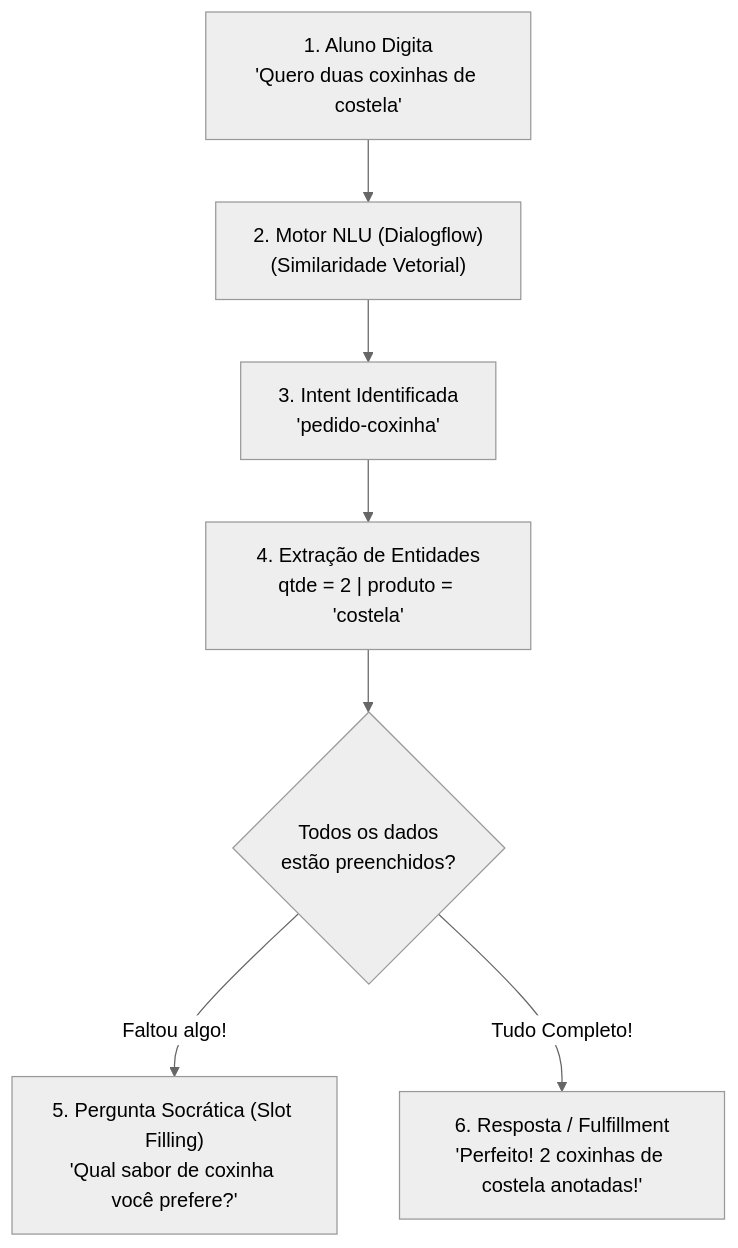
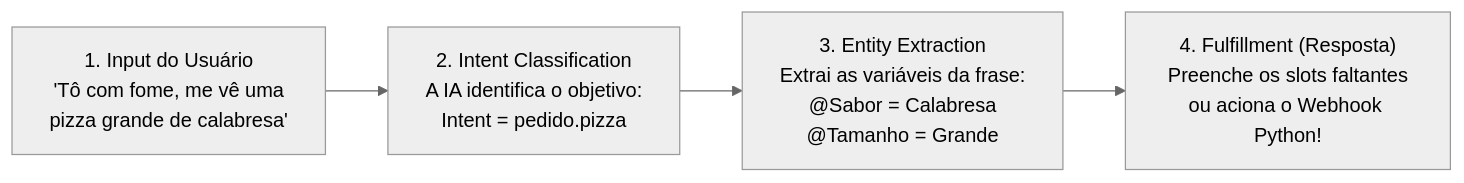
One commit to IrineuFrancisco/IASkillBoostInfoeste changed the diagram in Aula_05/DialogFlow.md. Above: the diagram before and after it, drawn with Mermaid (neutral theme). The commit also changed other lines of this file and 10 other files, not shown here.

````diff
--- a/Aula_05/DialogFlow.md
+++ b/Aula_05/DialogFlow.md
@@ -29,9 +16,6 @@
 ```mermaid
-flowchart TD
-    MSG["1. Aluno Digita\n'Quero duas coxinhas de costela'"] --> NLU["2. Motor NLU (Dialogflow)\n(Similaridade Vetorial)"]
-    NLU --> INT["3. Intent Identificada\n'pedido-coxinha'"]
-    INT --> PARAMS["4. Extração de Entidades\nqtde = 2 | produto = 'costela'"]
-    PARAMS --> CHECK{"Todos os dados\nestão preenchidos?"}
-    CHECK -- "Faltou algo!" --> PROMPT["5. Pergunta Socrática (Slot Filling)\n'Qual sabor de coxinha você prefere?'"]
-    CHECK -- "Tudo Completo!" --> RESP["6. Resposta / Fulfillment\n'Perfeito! 2 coxinhas de costela anotadas!'"]
+flowchart LR
+    IN["1. Input do Usuário\n'Tô com fome, me vê uma\npizza grande de calabresa'"] --> INT["2. Intent Classification\nA IA identifica o objetivo:\nIntent = pedido.pizza"]
+    INT --> ENT["3. Entity Extraction\nExtrai as variáveis da frase:\n@Sabor = Calabresa\n@Tamanho = Grande"]
+    ENT --> FUL["4. Fulfillment (Resposta)\nPreenche os slots faltantes\nou aciona o Webhook Python!"]
 ```
````
